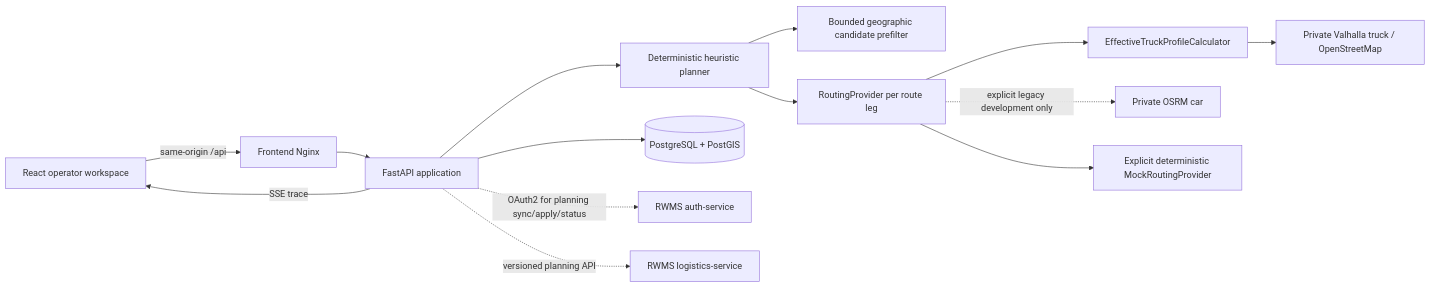
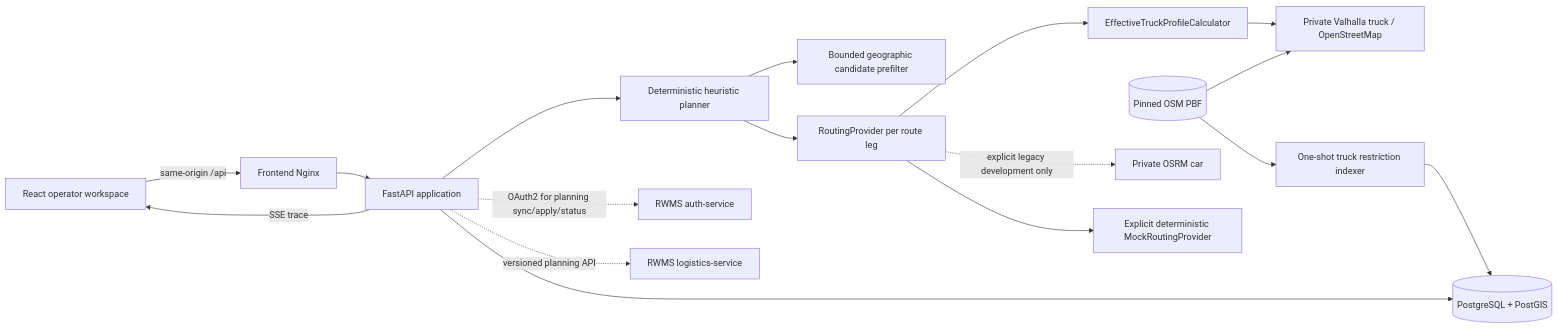
The diagram in logistics/docs/ARCHITECTURE.md (Buhanzaz/rwms), drawn with Mermaid before and after one commit. The commit also changed other lines of this file and 39 other files, not shown here.

Commit message:
Add OSM truck restriction overlay

````diff
--- a/logistics/docs/ARCHITECTURE.md
+++ b/logistics/docs/ARCHITECTURE.md
@@ -8,16 +8,19 @@
 ```mermaid
 flowchart LR
     Browser[React operator workspace] -->|same-origin /api| Nginx[Frontend Nginx]
     Nginx --> FastAPI[FastAPI application]
     FastAPI --> Planner[Deterministic heuristic planner]
     Planner --> Prefilter[Bounded geographic candidate prefilter]
     Planner --> Routing[RoutingProvider per route leg]
     Routing --> Profile[EffectiveTruckProfileCalculator]
     Profile --> Valhalla[Private Valhalla truck / OpenStreetMap]
+    PBF[(Pinned OSM PBF)] --> Valhalla
+    PBF --> RestrictionIndexer[One-shot truck restriction indexer]
+    RestrictionIndexer --> PostGIS
     Routing -. explicit legacy development only .-> OSRM[Private OSRM car]
     Routing --> Mock[Explicit deterministic MockRoutingProvider]
     FastAPI --> PostGIS[(PostgreSQL + PostGIS)]
     FastAPI -. OAuth2 for planning sync/apply/status .-> Auth[RWMS auth-service]
     FastAPI -. versioned planning API .-> Logistics[RWMS logistics-service]
     FastAPI -->|SSE trace| Browser
 ```
````
